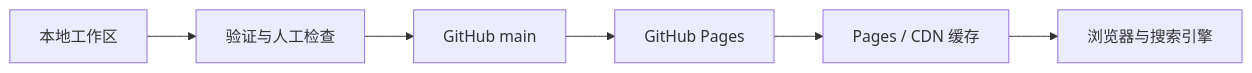
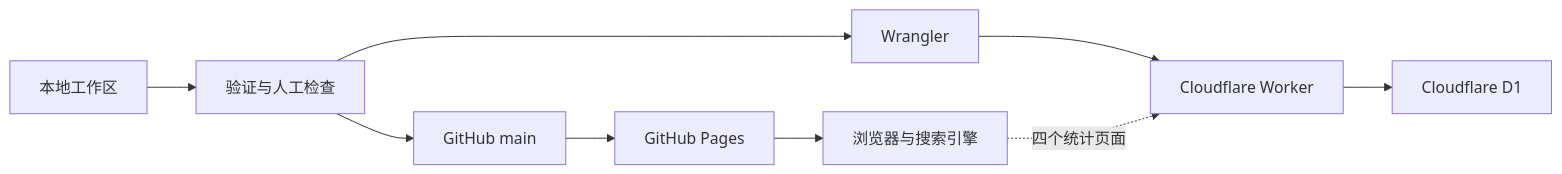
The diagram in docs/operations.md (Yan-ShiBo/Yan-ShiBo.github.io), drawn with Mermaid before and after one commit. The commit also changed other lines of this file and 21 other files, not shown here.

````diff
--- a/docs/operations.md
+++ b/docs/operations.md
@@ -9,8 +9,11 @@
 ```mermaid
 flowchart LR
     Local["本地工作区"] --> Verify["验证与人工检查"]
     Verify --> Main["GitHub main"]
     Main --> Pages["GitHub Pages"]
-    Pages --> CDN["Pages / CDN 缓存"]
-    CDN --> User["浏览器与搜索引擎"]
+    Pages --> User["浏览器与搜索引擎"]
+    Verify --> Wrangler["Wrangler"]
+    Wrangler --> Worker["Cloudflare Worker"]
+    Worker --> D1["Cloudflare D1"]
+    User -. "四个统计页面" .-> Worker
 ```
````
